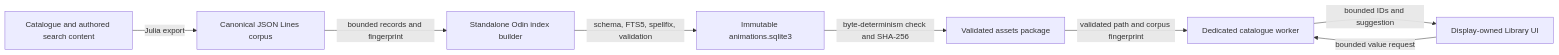
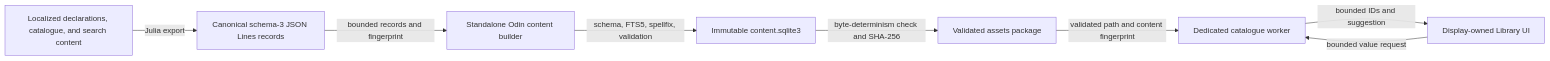
Before and after one commit to derekshoneycutt/Euclid: the first of 3 diagrams in docs/wiki/Guides/Sqlite3.md, drawn with Mermaid. The commit also changed other lines of this file and 236 other files, not shown here.

````diff
--- a/docs/wiki/Guides/Sqlite3.md
+++ b/docs/wiki/Guides/Sqlite3.md
@@ -32,18 +39,18 @@
 ```mermaid
 flowchart LR
-    Content[Catalogue and authored search content]
-    Corpus[Canonical JSON Lines corpus]
-    Builder[Standalone Odin index builder]
-    Database[Immutable animations.sqlite3]
+    Content[Localized declarations, catalogue, and search content]
+    Corpus[Canonical schema-3 JSON Lines records]
+    Builder[Standalone Odin content builder]
+    Database[Immutable content.sqlite3]
     Package[Validated assets package]
     Worker[Dedicated catalogue worker]
     Display[Display-owned Library UI]
 
     Content -->|Julia export| Corpus
     Corpus -->|bounded records and fingerprint| Builder
     Builder -->|schema, FTS5, spellfix, validation| Database
     Database -->|byte-determinism check and SHA-256| Package
-    Package -->|validated path and corpus fingerprint| Worker
+    Package -->|validated path and content fingerprint| Worker
     Display -->|bounded value request| Worker
     Worker -->|bounded IDs and suggestion| Display
 ```
````
